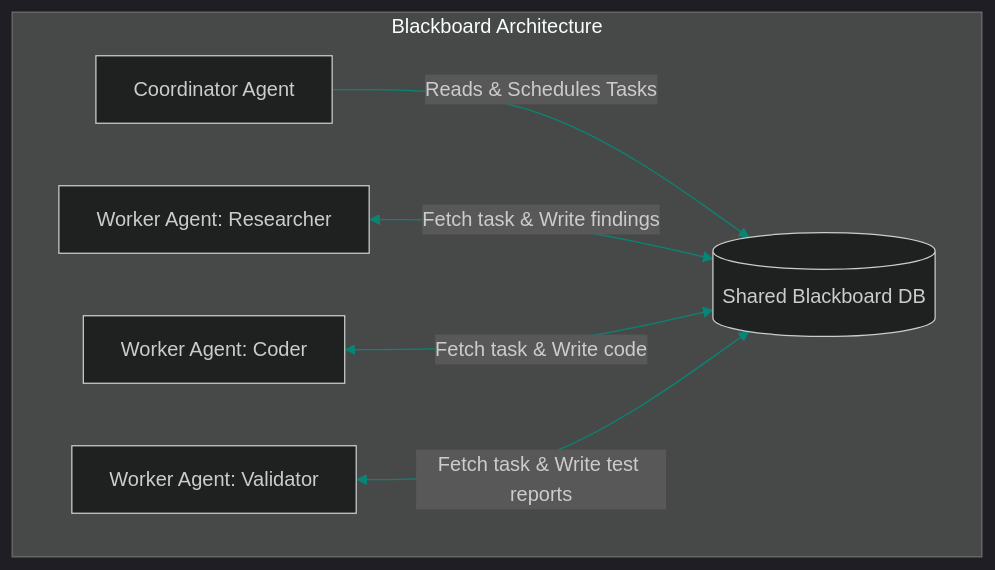
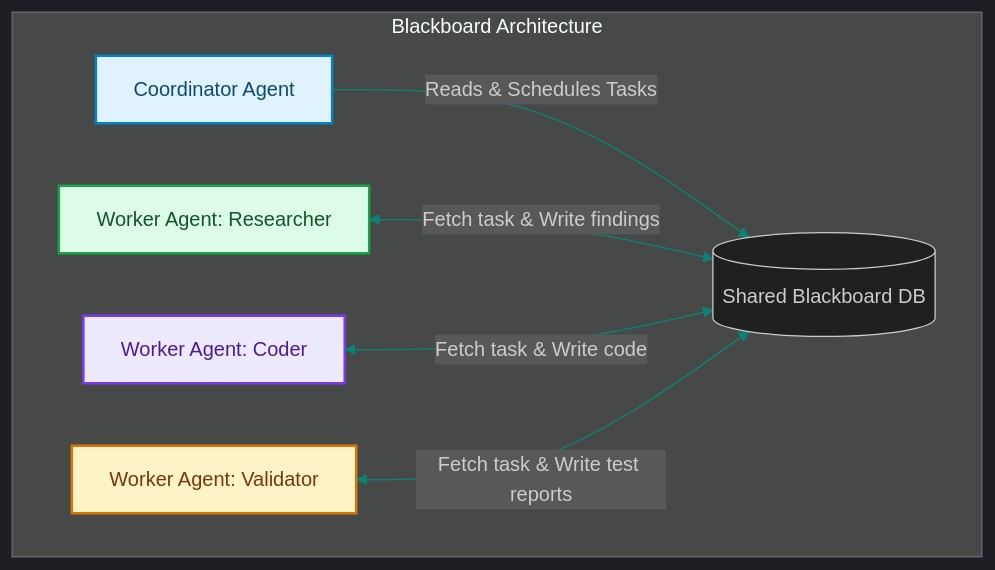
One commit to akmalkhaniub/akmalkhaniub.github.io changed the diagram in blog/posts/system-design-blackboard-database-shared-state.md. Above: the diagram before and after it, drawn with Mermaid. The commit also changed other lines of this file and 1291 other files, not shown here.

First line of the commit message:
feat(catalog): unique covers, scholarly references, and diagram palettes

````diff
--- a/blog/posts/system-design-blackboard-database-shared-state.md
+++ b/blog/posts/system-design-blackboard-database-shared-state.md
@@ -16,11 +16,21 @@
 ```mermaid
 %%{init: {'theme': 'dark', 'themeVariables': { 'primaryColor': '#088574', 'primaryTextColor': '#f3f4f6', 'primaryBorderColor': '#0db49b', 'lineColor': '#088574', 'secondaryColor': '#111827', 'tertiaryColor': '#0b0f19'}}}%%
 flowchart TD
     subgraph SG1_BlackboardArchitecture ["Blackboard Architecture"]
         DB[(Shared Blackboard DB)]
-        Coord[Coordinator Agent] -->|Reads & Schedules Tasks| DB
-        W1[Worker Agent: Researcher] <-->|Fetch task & Write findings| DB
-        W2[Worker Agent: Coder] <-->|Fetch task & Write code| DB
-        W3[Worker Agent: Validator] <-->|Fetch task & Write test reports| DB
+        Coord["Coordinator Agent"] -->|Reads & Schedules Tasks| DB
+        W1["Worker Agent: Researcher"] <-->|Fetch task & Write findings| DB
+        W2["Worker Agent: Coder"] <-->|Fetch task & Write code| DB
+        W3["Worker Agent: Validator"] <-->|Fetch task & Write test reports| DB
     end
+
+classDef green fill:#dcfce7,stroke:#16a34a,stroke-width:2px,color:#14532d;
+classDef red fill:#fee2e2,stroke:#dc2626,stroke-width:2px,color:#7f1d1d;
+classDef blue fill:#e0f2fe,stroke:#0284c7,stroke-width:2px,color:#0c4a6e;
+classDef yellow fill:#fef3c7,stroke:#d97706,stroke-width:2px,color:#78350f;
+classDef purple fill:#ede9fe,stroke:#7c3aed,stroke-width:2px,color:#4c1d95;
+class Coord blue
+class W1 green
+class W2 purple
+class W3 yellow
 ```
````
